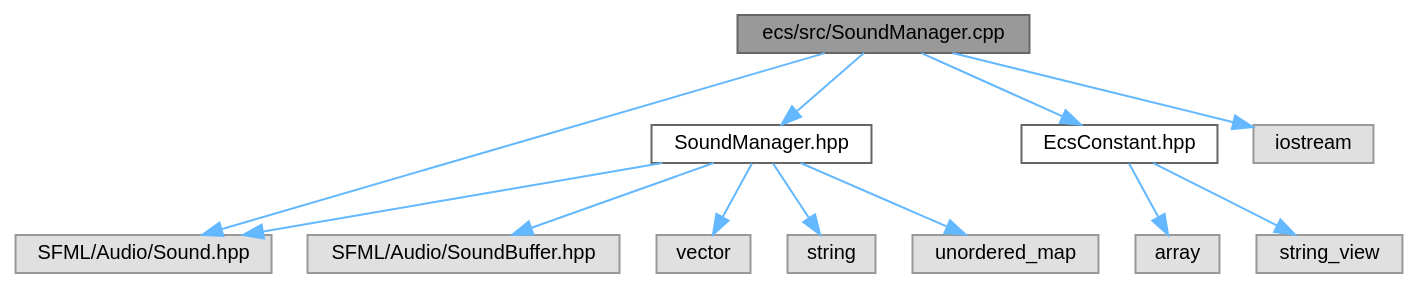
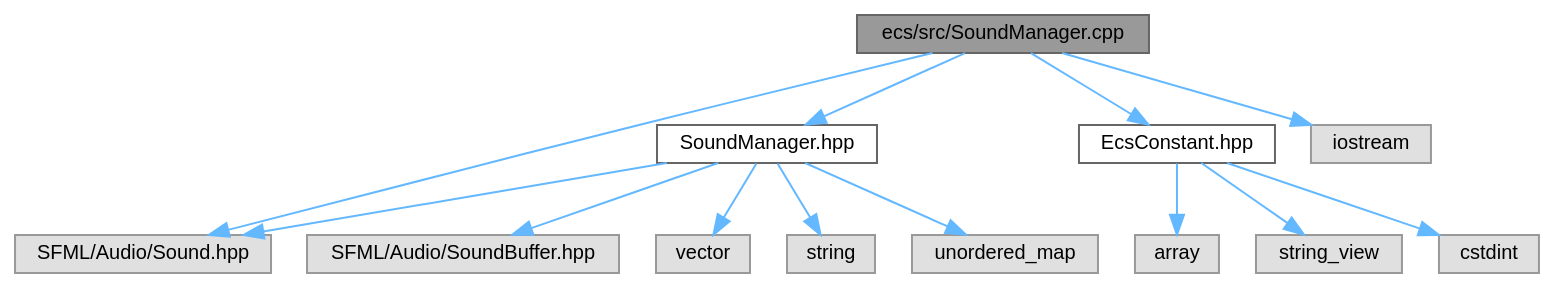
One commit to Houpsi/R-Type changed the diagram in SoundManager_8cpp__incl.dot. Above: the diagram before and after it, drawn with Graphviz. The commit also changed 309 other files, not shown here.

```diff
--- a/SoundManager_8cpp__incl.dot
+++ b/SoundManager_8cpp__incl.dot
@@ -1,29 +1,31 @@
 digraph "ecs/src/SoundManager.cpp"
 {
  // LATEX_PDF_SIZE
   bgcolor="transparent";
   edge [fontname=Helvetica,fontsize=10,labelfontname=Helvetica,labelfontsize=10];
   node [fontname=Helvetica,fontsize=10,shape=box,height=0.2,width=0.4];
   Node1 [id="Node000001",label="ecs/src/SoundManager.cpp",height=0.2,width=0.4,color="gray40", fillcolor="grey60", style="filled", fontcolor="black",tooltip=" "];
   Node1 -> Node2 [id="edge1_Node000001_Node000002",color="steelblue1",style="solid",tooltip=" "];
   Node2 [id="Node000002",label="SoundManager.hpp",height=0.2,width=0.4,color="grey40", fillcolor="white", style="filled",URL="$SoundManager_8hpp.html",tooltip=" "];
   Node2 -> Node3 [id="edge2_Node000002_Node000003",color="steelblue1",style="solid",tooltip=" "];
   Node3 [id="Node000003",label="SFML/Audio/SoundBuffer.hpp",height=0.2,width=0.4,color="grey60", fillcolor="#E0E0E0", style="filled",tooltip=" "];
   Node2 -> Node4 [id="edge3_Node000002_Node000004",color="steelblue1",style="solid",tooltip=" "];
   Node4 [id="Node000004",label="SFML/Audio/Sound.hpp",height=0.2,width=0.4,color="grey60", fillcolor="#E0E0E0", style="filled",tooltip=" "];
   Node2 -> Node5 [id="edge4_Node000002_Node000005",color="steelblue1",style="solid",tooltip=" "];
   Node5 [id="Node000005",label="vector",height=0.2,width=0.4,color="grey60", fillcolor="#E0E0E0", style="filled",tooltip=" "];
   Node2 -> Node6 [id="edge5_Node000002_Node000006",color="steelblue1",style="solid",tooltip=" "];
   Node6 [id="Node000006",label="string",height=0.2,width=0.4,color="grey60", fillcolor="#E0E0E0", style="filled",tooltip=" "];
   Node2 -> Node7 [id="edge6_Node000002_Node000007",color="steelblue1",style="solid",tooltip=" "];
   Node7 [id="Node000007",label="unordered_map",height=0.2,width=0.4,color="grey60", fillcolor="#E0E0E0", style="filled",tooltip=" "];
   Node1 -> Node8 [id="edge7_Node000001_Node000008",color="steelblue1",style="solid",tooltip=" "];
   Node8 [id="Node000008",label="EcsConstant.hpp",height=0.2,width=0.4,color="grey40", fillcolor="white", style="filled",URL="$EcsConstant_8hpp.html",tooltip=" "];
   Node8 -> Node9 [id="edge8_Node000008_Node000009",color="steelblue1",style="solid",tooltip=" "];
   Node9 [id="Node000009",label="array",height=0.2,width=0.4,color="grey60", fillcolor="#E0E0E0", style="filled",tooltip=" "];
   Node8 -> Node10 [id="edge9_Node000008_Node000010",color="steelblue1",style="solid",tooltip=" "];
   Node10 [id="Node000010",label="string_view",height=0.2,width=0.4,color="grey60", fillcolor="#E0E0E0", style="filled",tooltip=" "];
-  Node1 -> Node4 [id="edge10_Node000001_Node000004",color="steelblue1",style="solid",tooltip=" "];
-  Node1 -> Node11 [id="edge11_Node000001_Node000011",color="steelblue1",style="solid",tooltip=" "];
-  Node11 [id="Node000011",label="iostream",height=0.2,width=0.4,color="grey60", fillcolor="#E0E0E0", style="filled",tooltip=" "];
+  Node8 -> Node11 [id="edge10_Node000008_Node000011",color="steelblue1",style="solid",tooltip=" "];
+  Node11 [id="Node000011",label="cstdint",height=0.2,width=0.4,color="grey60", fillcolor="#E0E0E0", style="filled",tooltip=" "];
+  Node1 -> Node4 [id="edge11_Node000001_Node000004",color="steelblue1",style="solid",tooltip=" "];
+  Node1 -> Node12 [id="edge12_Node000001_Node000012",color="steelblue1",style="solid",tooltip=" "];
+  Node12 [id="Node000012",label="iostream",height=0.2,width=0.4,color="grey60", fillcolor="#E0E0E0", style="filled",tooltip=" "];
 }
```
